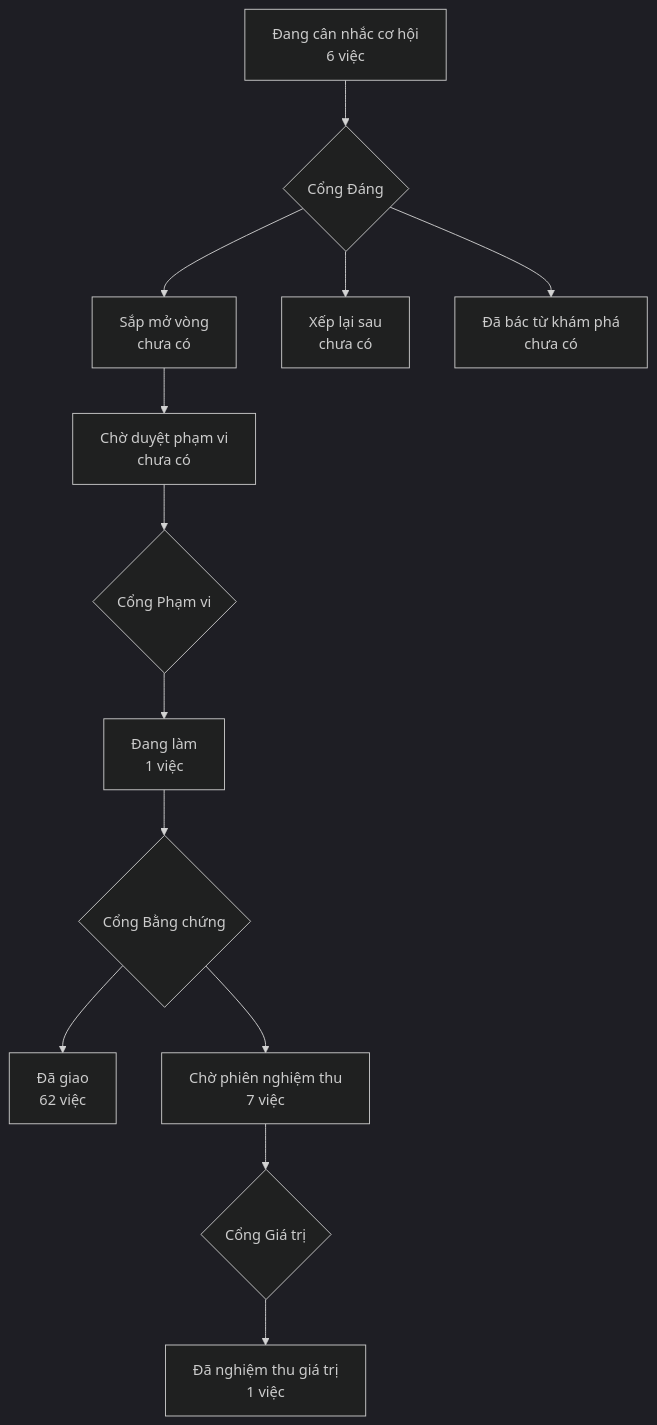
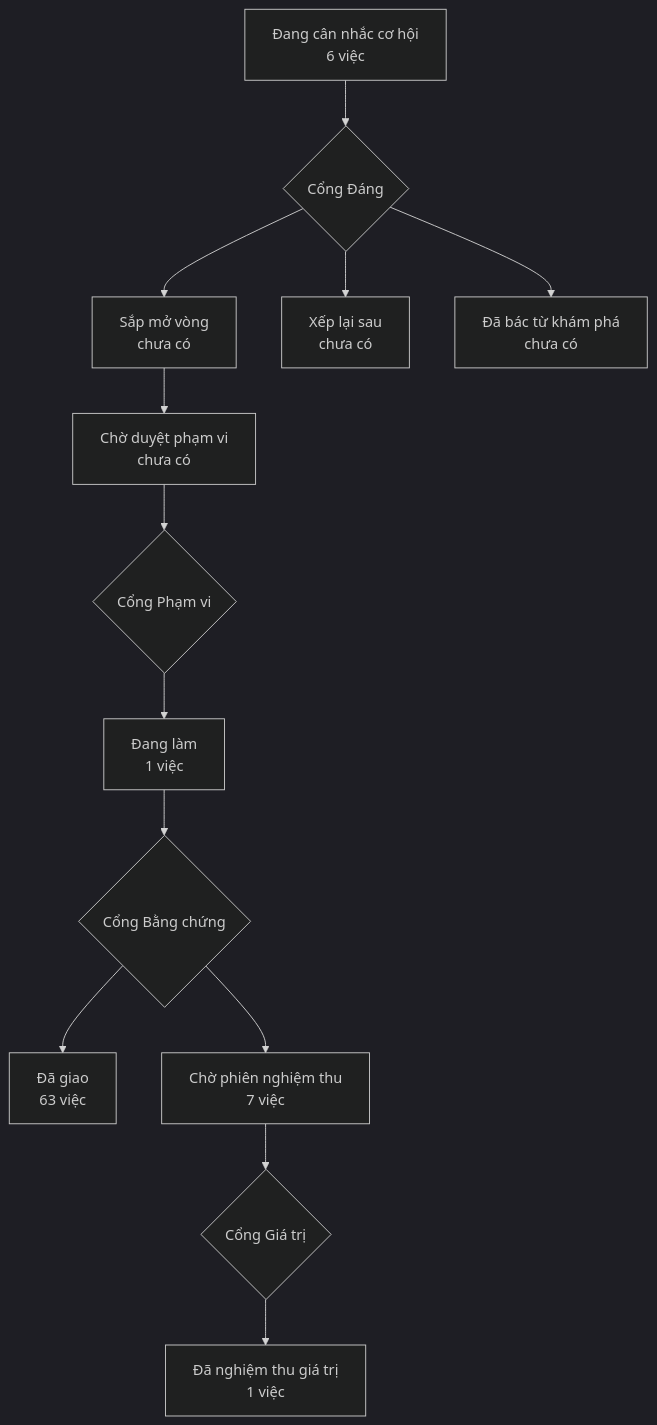
One commit to phanlemanh/crm-onehub changed the diagram in PRODUCT-MAP.md. Above: the diagram before and after it, drawn with Mermaid (dark theme). The commit also changed other lines of this file and 5 other files, not shown here.

````diff
--- a/PRODUCT-MAP.md
+++ b/PRODUCT-MAP.md
@@ -6,12 +6,12 @@
 ```mermaid
 flowchart TD
   A["Đang cân nhắc cơ hội<br/>6 việc"] --> GD{"Cổng Đáng"}
   GD --> B["Sắp mở vòng<br/>chưa có"]
   GD --> XL["Xếp lại sau<br/>chưa có"]
   GD --> DB["Đã bác từ khám phá<br/>chưa có"]
   B --> CD["Chờ duyệt phạm vi<br/>chưa có"] --> GP{"Cổng Phạm vi"}
   GP --> DL["Đang làm<br/>1 việc"] --> GB{"Cổng Bằng chứng"}
-  GB --> DG["Đã giao<br/>62 việc"]
+  GB --> DG["Đã giao<br/>63 việc"]
   GB --> CN["Chờ phiên nghiệm thu<br/>7 việc"] --> GG{"Cổng Giá trị"}
   GG --> NT["Đã nghiệm thu giá trị<br/>1 việc"]
 ```
````
